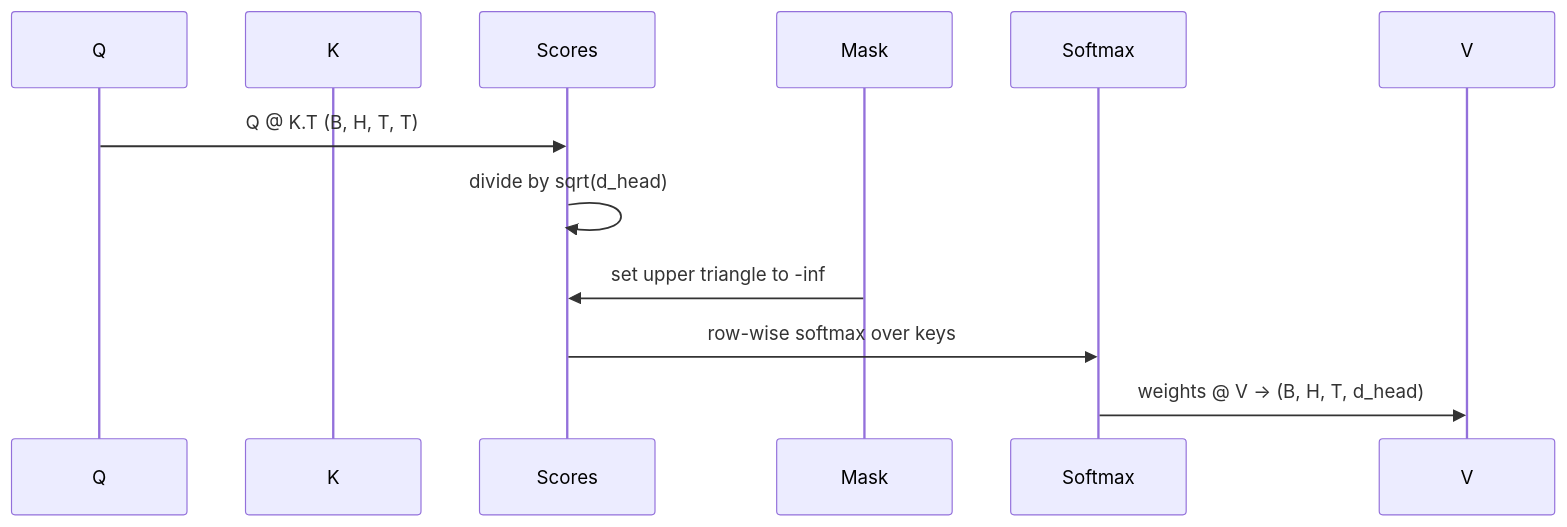
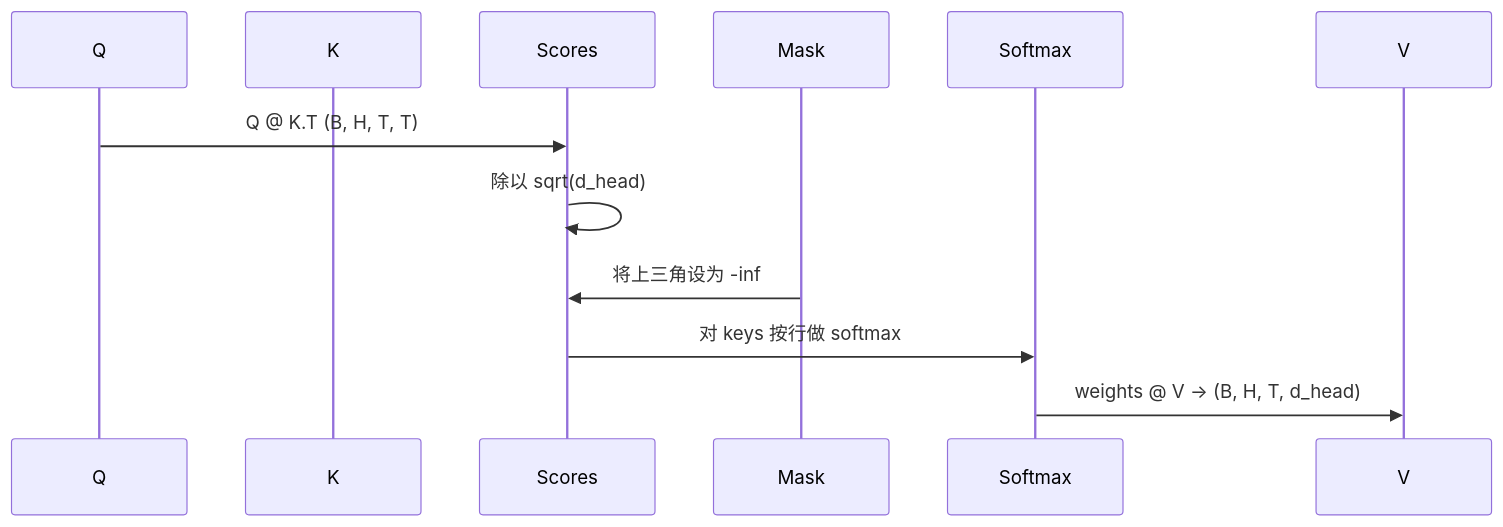
The second of 2 diagrams in lessons/19-capstone-projects/33-multihead-self-attention/docs/zh.md (guangningsun/ailearning), drawn with Mermaid before and after one commit. The commit also changed other lines of this file and 85 other files, not shown here.

````diff
--- a/lessons/19-capstone-projects/33-multihead-self-attention/docs/zh.md
+++ b/lessons/19-capstone-projects/33-multihead-self-attention/docs/zh.md
@@ -65,14 +65,14 @@
 ```mermaid
 sequenceDiagram
     participant Q
     participant K
     participant Scores
     participant Mask
     participant Softmax
     participant V
     Q->>Scores: Q @ K.T (B, H, T, T)
-    Scores->>Scores: divide by sqrt(d_head)
-    Mask->>Scores: set upper triangle to -inf
-    Scores->>Softmax: row-wise softmax over keys
+    Scores->>Scores: 除以 sqrt(d_head)
+    Mask->>Scores: 将上三角设为 -inf
+    Scores->>Softmax: 对 keys 按行做 softmax
     Softmax->>V: weights @ V -> (B, H, T, d_head)
 ```
````
